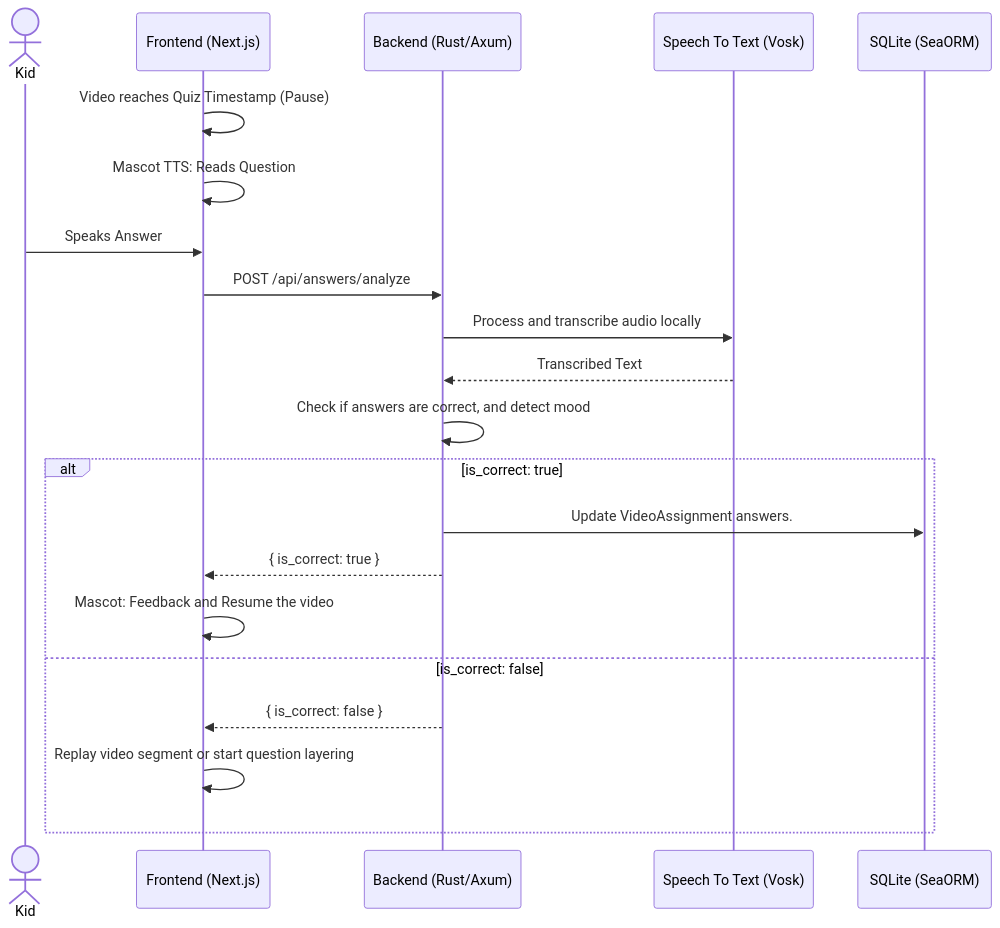
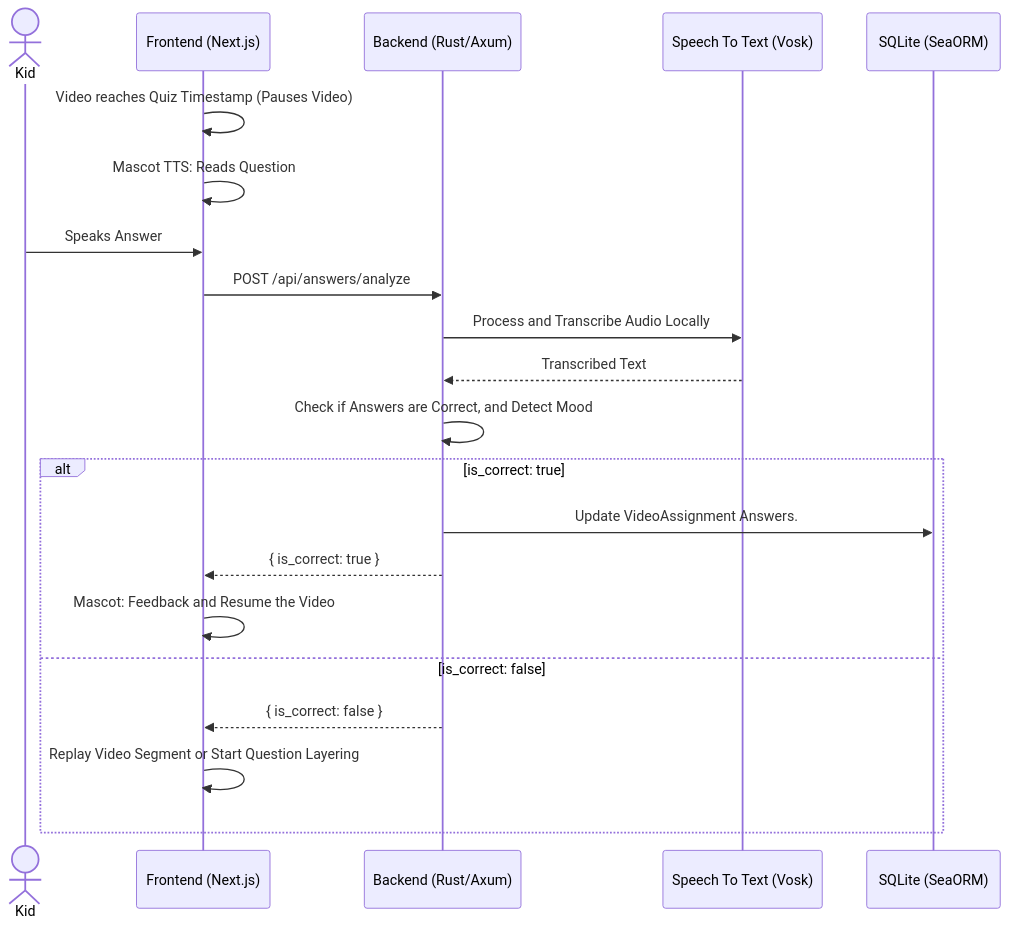
The third of 5 diagrams in documentation/docs/requirements/use-case-descriptions.md (Capstone-Projects-2026-spring/piggyback-learning-2), drawn with Mermaid before and after one commit. The commit also changed other lines of this file, not shown here.

````diff
--- a/documentation/docs/requirements/use-case-descriptions.md
+++ b/documentation/docs/requirements/use-case-descriptions.md
@@ -110,26 +110,26 @@
 ```mermaid
 sequenceDiagram
     actor Kid
     participant WebApp as Frontend (Next.js) 
     participant API as Backend (Rust/Axum)
     participant Vosk as Speech To Text (Vosk)
     participant DB as SQLite (SeaORM)
 
-    WebApp->>WebApp: Video reaches Quiz Timestamp (Pause)
+    WebApp->>WebApp: Video reaches Quiz Timestamp (Pauses Video)
     WebApp->>WebApp: Mascot TTS: Reads Question
     Kid->>WebApp: Speaks Answer
     
     WebApp->>API: POST /api/answers/analyze
-    API->>Vosk: Process and transcribe audio locally
+    API->>Vosk: Process and Transcribe Audio Locally
     Vosk-->>API: Transcribed Text
-    API->>API: Check if answers are correct, and detect mood
+    API->>API: Check if Answers are Correct, and Detect Mood
     
     alt is_correct: true
-        API->>DB: Update VideoAssignment answers.
+        API->>DB: Update VideoAssignment Answers.
         API-->>WebApp: { is_correct: true }
-        WebApp->>WebApp: Mascot: Feedback and Resume the video
+        WebApp->>WebApp: Mascot: Feedback and Resume the Video
     else is_correct: false
         API-->>WebApp: { is_correct: false }
-        WebApp->>WebApp: Replay video segment or start question layering
+        WebApp->>WebApp: Replay Video Segment or Start Question Layering
     end
 ```
````
